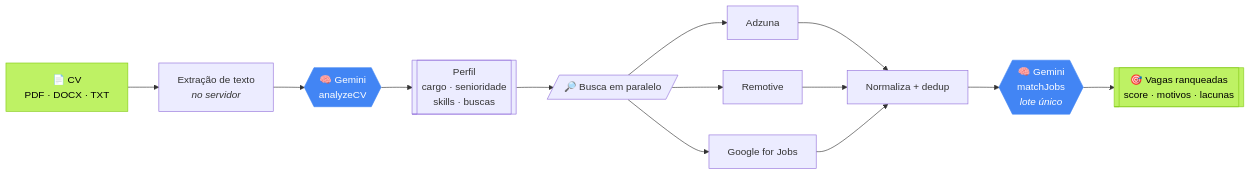
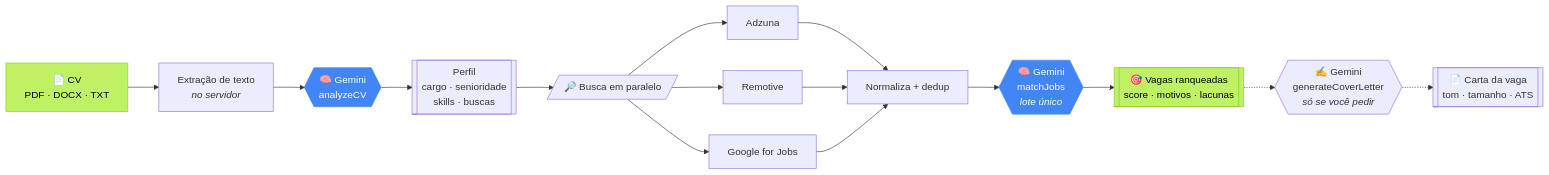
One commit to cielioqueiroz/buscador-de-cv changed the diagram in README.md. Above: the diagram before and after it, drawn with Mermaid. The commit also changed other lines of this file and 20 other files, not shown here.

First line of the commit message:
feat: carta de apresentação por vaga e o radar ganha vida

````diff
--- a/README.md
+++ b/README.md
@@ -49,18 +51,20 @@
 ```mermaid
 flowchart LR
     A[📄 CV<br/>PDF · DOCX · TXT] --> B[Extração de texto<br/><i>no servidor</i>]
     B --> C{{"🧠 Gemini<br/>analyzeCV"}}
     C --> D[["Perfil<br/>cargo · senioridade<br/>skills · buscas"]]
     D --> E[/"🔎 Busca em paralelo"/]
     E --> F1[Adzuna]
     E --> F2[Remotive]
     E --> F3[Google for Jobs]
     F1 & F2 & F3 --> G[Normaliza + dedup]
     G --> H{{"🧠 Gemini<br/>matchJobs<br/><i>lote único</i>"}}
     H --> I[["🎯 Vagas ranqueadas<br/>score · motivos · lacunas"]]
+    I -.-> J{{"✍️ Gemini<br/>generateCoverLetter<br/><i>só se você pedir</i>"}}
+    J -.-> K[["📄 Carta da vaga<br/>tom · tamanho · ATS"]]
 
     style C fill:#4285F4,stroke:#4285F4,color:#fff
     style H fill:#4285F4,stroke:#4285F4,color:#fff
     style I fill:#bef264,stroke:#84cc16,color:#000
     style A fill:#bef264,stroke:#84cc16,color:#000
 ```
````
